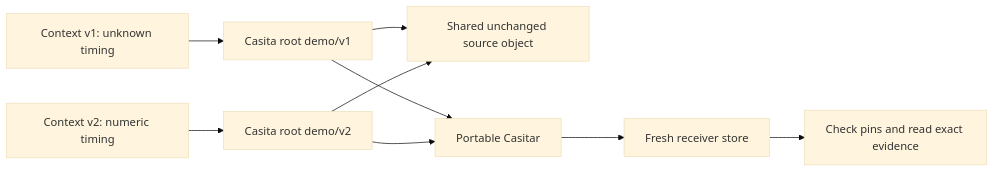
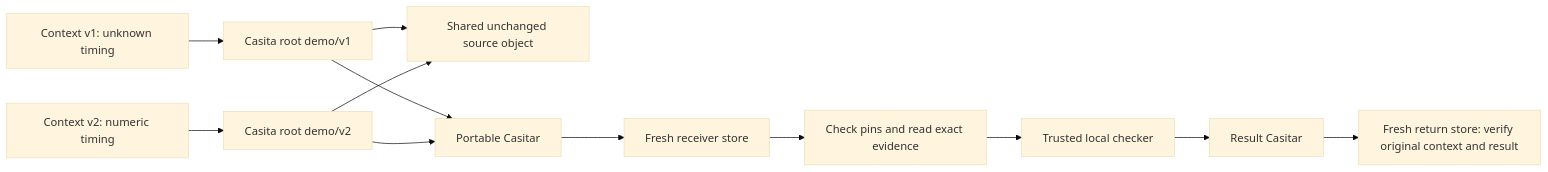
The diagram in README.md (jratliff79/casita-context-demo), drawn with Mermaid (base theme) before and after one commit. The commit also changed other lines of this file and 5 other files, not shown here.

Commit message:
Return and verify deterministic results through Casita

````diff
--- a/README.md
+++ b/README.md
@@ -52,11 +56,14 @@
 ```mermaid
 flowchart LR
     V1[Context v1: unknown timing] --> R1[Casita root demo/v1]
     V2[Context v2: numeric timing] --> R2[Casita root demo/v2]
     R1 --> S[Shared unchanged source object]
     R2 --> S
     R1 --> A[Portable Casitar]
     R2 --> A
     A --> F[Fresh receiver store]
     F --> C[Check pins and read exact evidence]
+    C --> T[Trusted local checker]
+    T --> R[Result Casitar]
+    R --> V[Fresh return store: verify original context and result]
 ```
````
